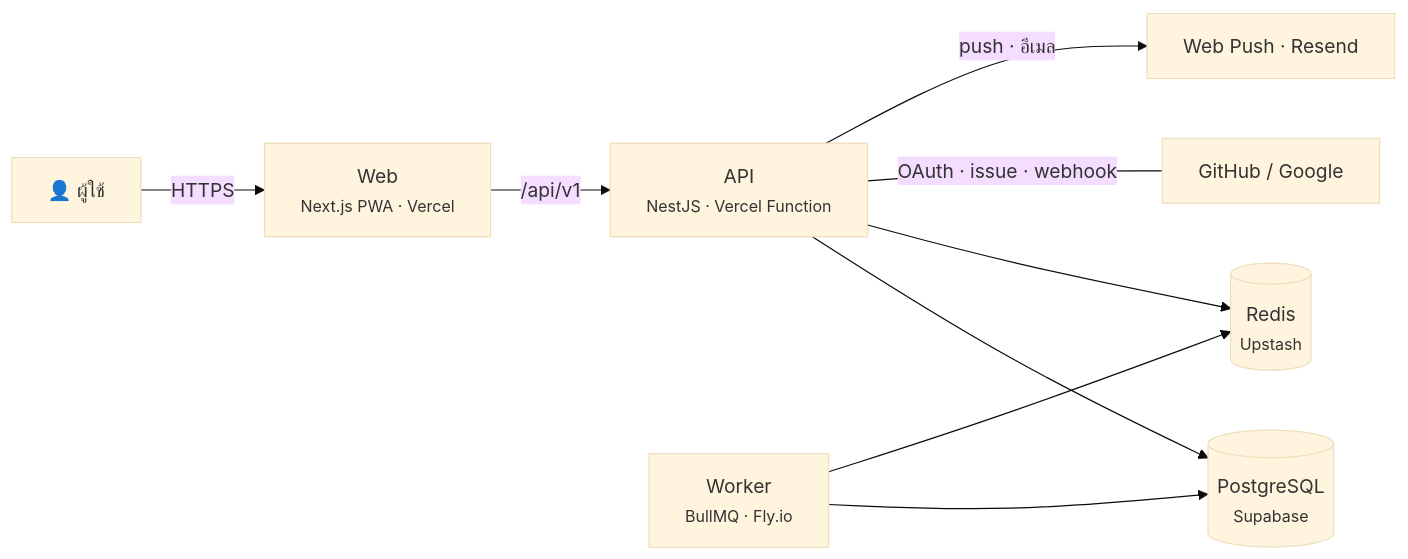
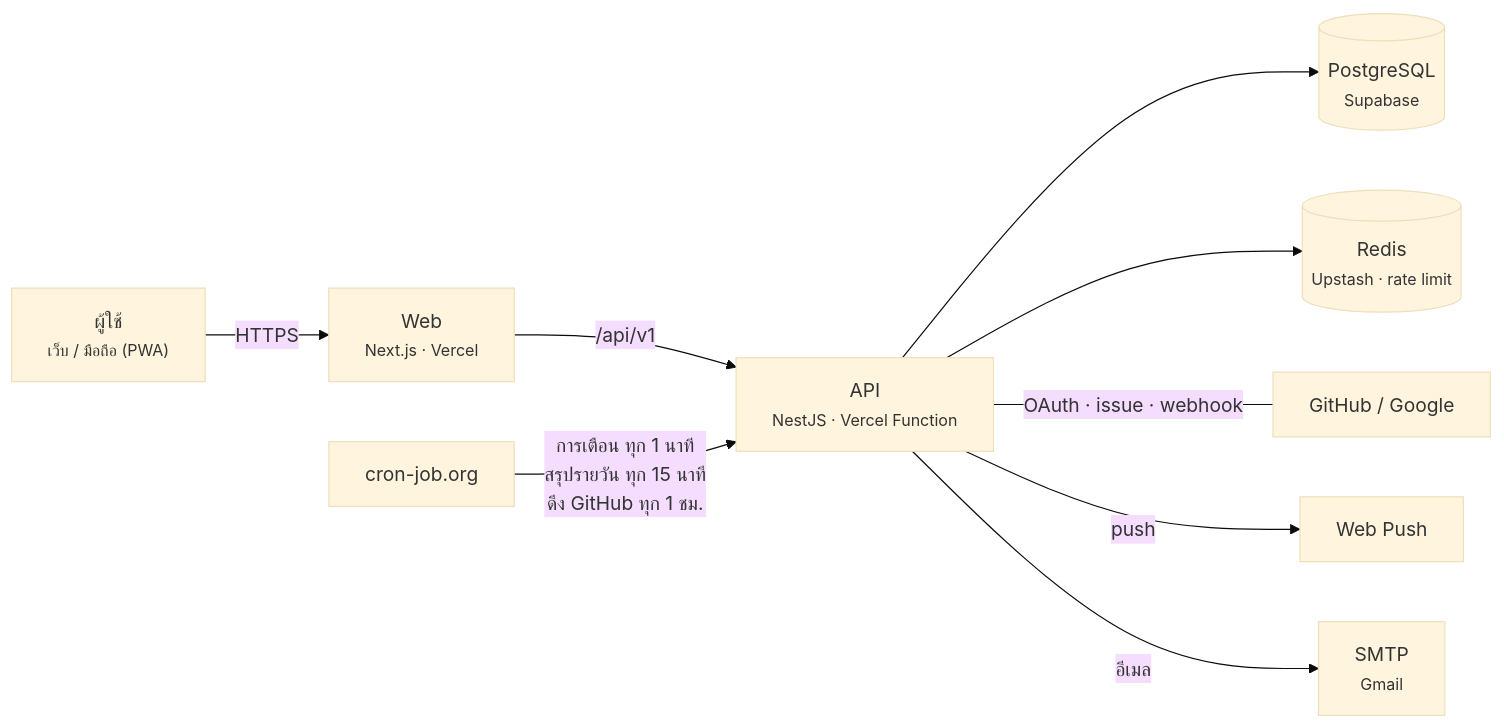
Before and after one commit to J-22-P/nosion: the diagram in README.md, drawn with Mermaid (base theme). The commit also changed other lines of this file and 3 other files, not shown here.

Commit message:
docs: README และแผนภาพตามระบบที่ใช้จริง — cron-job.org แทน worker · อีเมลผ่าน SMTP · feature งานล่าสุด · ตัดภาพรวมใน production.md

````diff
--- a/README.md
+++ b/README.md
@@ -142,11 +145,11 @@
 ```mermaid
 flowchart LR
-  user["👤 ผู้ใช้"] -- HTTPS --> web["Web<br/><small>Next.js PWA · Vercel</small>"]
+  user["ผู้ใช้<br/><small>เว็บ / มือถือ (PWA)</small>"] -- HTTPS --> web["Web<br/><small>Next.js · Vercel</small>"]
   web -- "/api/v1" --> api["API<br/><small>NestJS · Vercel Function</small>"]
+  cron["cron-job.org"] -- "การเตือน ทุก 1 นาที<br/>สรุปรายวัน ทุก 15 นาที<br/>ดึง GitHub ทุก 1 ชม." --> api
   api --> db[("PostgreSQL<br/><small>Supabase</small>")]
-  api --> redis[("Redis<br/><small>Upstash</small>")]
-  worker["Worker<br/><small>BullMQ · Fly.io</small>"] --> db
-  worker --> redis
+  api --> redis[("Redis<br/><small>Upstash · rate limit</small>")]
   api -- "OAuth · issue · webhook" --- github["GitHub / Google"]
-  api -- "push · อีเมล" --> notify["Web Push · Resend"]
+  api -- "push" --> push["Web Push"]
+  api -- "อีเมล" --> smtp["SMTP<br/><small>Gmail</small>"]
 ```
````
